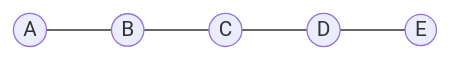
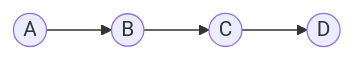
Before and after one commit to NagaoVictor/nagao-engineering: diagram 18 of 19 in docs/mathematics/grafos.md, drawn with Mermaid. The commit also changed other lines of this file, not shown here.

````diff
--- a/docs/mathematics/grafos.md
+++ b/docs/mathematics/grafos.md
@@ -543,27 +225,11 @@
 ```mermaid
+graph LR
+    A((A))
+    B((B))
+    C((C))
+    D((D))
 
-graph LR
-
-
-
-A((A))
-
-B((B))
-
-C((C))
-
-D((D))
-
-E((E))
-
-
-
-A --- B
-
-B --- C
-
-C --- D
-
-D --- E
-
+    A --> B
+    B --> C
+    C --> D
 ```
````
